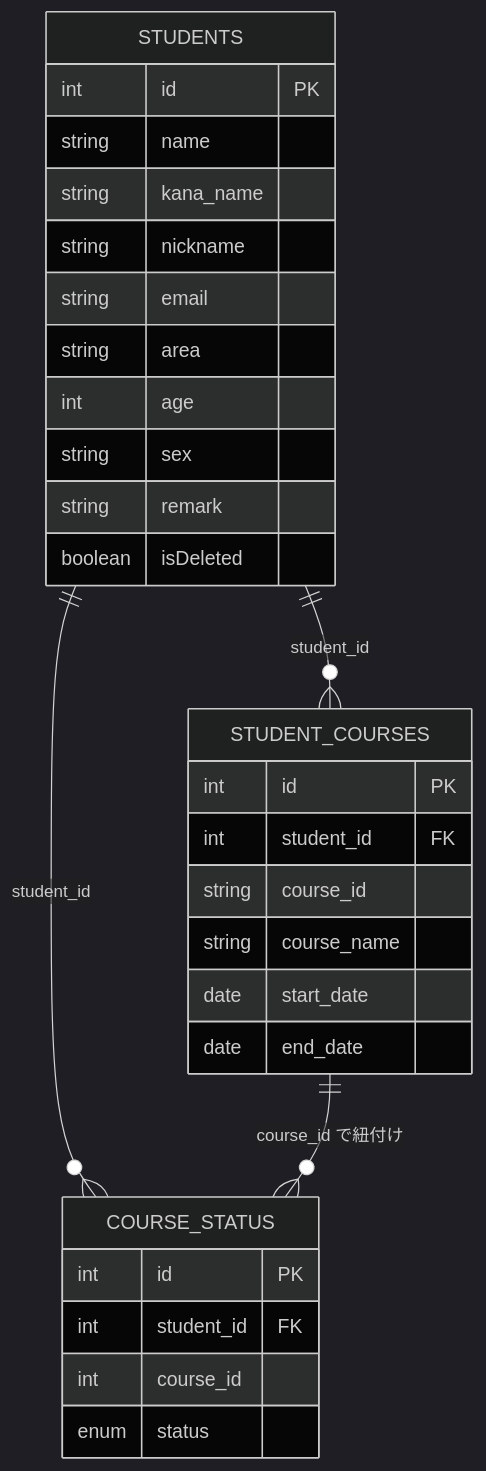
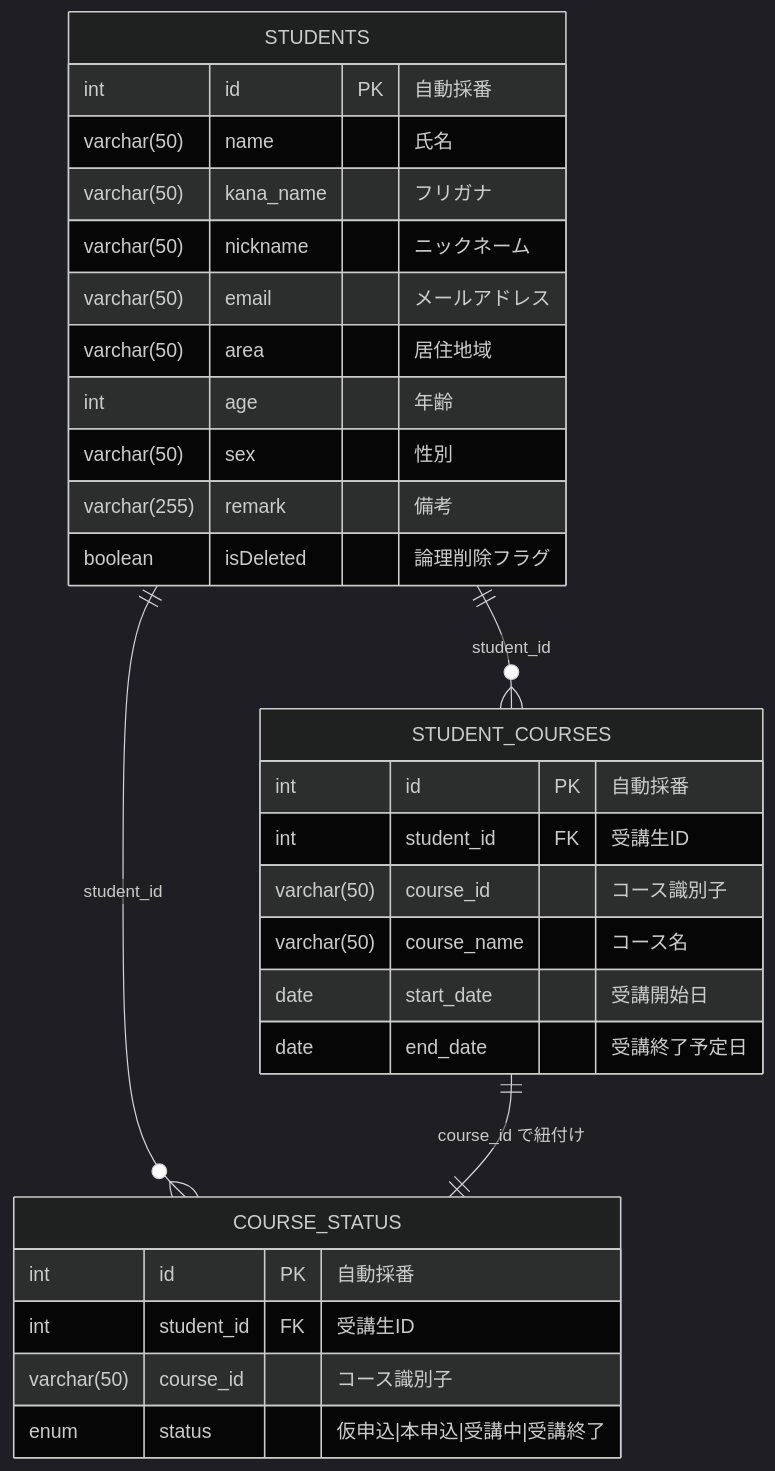
Before and after one commit to tomo-taka108/StudentManagement: the diagram in README.md, drawn with Mermaid (dark theme). The commit also changed other lines of this file and 8 other files, not shown here.

Commit message:
READMEを更新（ER図を修正、全体を推敲）

````diff
--- a/README.md
+++ b/README.md
@@ -187,36 +164,35 @@
 ```mermaid
 erDiagram
-    STUDENTS {
-        int id PK
-        string name
-        string kana_name
-        string nickname
-        string email
-        string area
-        int age
-        string sex
-        string remark
-        boolean isDeleted
-    }
+  STUDENTS {
+    int id PK "自動採番"
+    varchar(50) name "氏名"
+    varchar(50) kana_name "フリガナ"
+    varchar(50) nickname "ニックネーム"
+    varchar(50) email "メールアドレス"
+    varchar(50) area "居住地域"
+    int age "年齢"
+    varchar(50) sex "性別"
+    varchar(255) remark "備考"
+    boolean isDeleted "論理削除フラグ"
+  }
 
-    STUDENT_COURSES {
-        int id PK
-        int student_id FK
-        string course_id
-        string course_name
-        date start_date
-        date end_date
-    }
+  STUDENT_COURSES {
+    int id PK "自動採番"
+    int student_id FK "受講生ID"
+    varchar(50) course_id "コース識別子"
+    varchar(50) course_name "コース名"
+    date start_date "受講開始日"
+    date end_date "受講終了予定日"
+  }
 
-    COURSE_STATUS {
-        int id PK
-        int student_id FK
-        int course_id
-        enum status
-    }
+  COURSE_STATUS {
+    int id PK "自動採番"
+    int student_id FK "受講生ID"
+    varchar(50) course_id "コース識別子"
+    enum status "仮申込|本申込|受講中|受講終了"
+  }
 
-    STUDENTS ||--o{ STUDENT_COURSES : "student_id"
-    STUDENTS ||--o{ COURSE_STATUS : "student_id"
-    STUDENT_COURSES ||--o{ COURSE_STATUS : "course_id で紐付け"
-
+  STUDENTS ||--o{ STUDENT_COURSES : "student_id"
+  STUDENTS ||--o{ COURSE_STATUS : "student_id"
+  STUDENT_COURSES ||--|| COURSE_STATUS : "course_id で紐付け"
 ```
````
